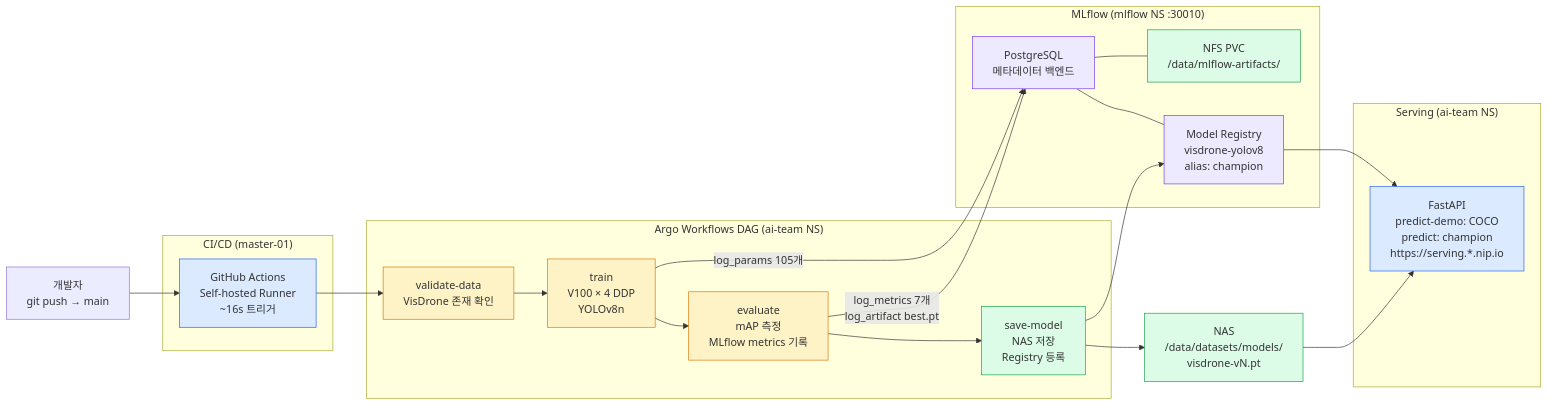
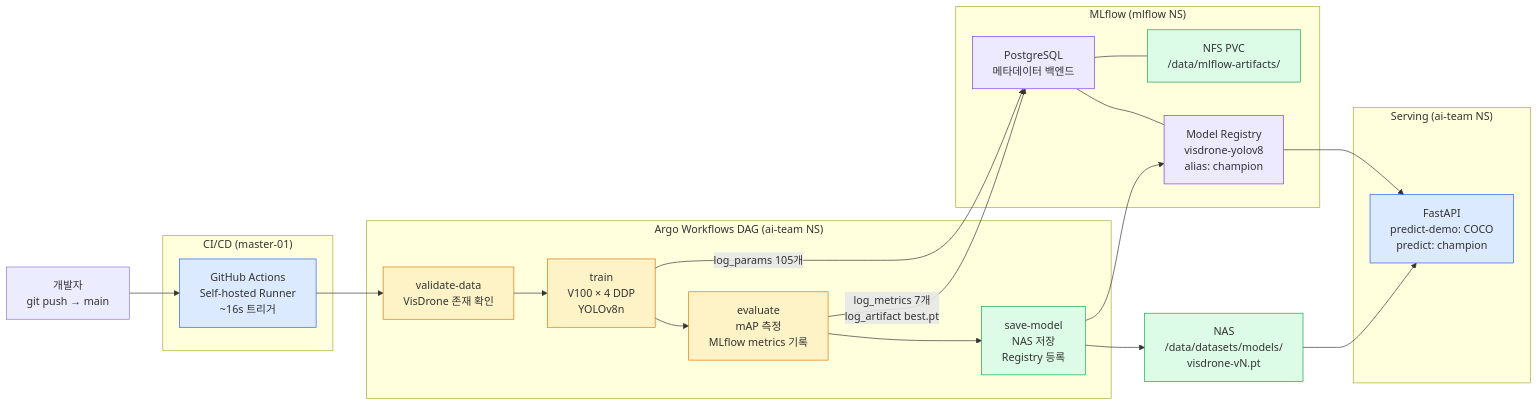
One commit to 52K-0812/28gpu-cluster-rebuild changed the second of 4 diagrams in docs/overview/cluster-diagram.md. Above: the diagram before and after it, drawn with Mermaid. The commit also changed other lines of this file and 6 other files, not shown here.

````diff
--- a/docs/overview/cluster-diagram.md
+++ b/docs/overview/cluster-diagram.md
@@ -119,49 +72,49 @@
 ```mermaid
 graph LR
     DEV["개발자<br/>git push → main"]
 
     subgraph CICD["CI/CD (master-01)"]
         GHA["GitHub Actions<br/>Self-hosted Runner<br/>~16s 트리거"]
     end
 
     subgraph ARGO["Argo Workflows DAG (ai-team NS)"]
         VAL["validate-data<br/>VisDrone 존재 확인"]
         TRAIN["train<br/>V100 × 4 DDP<br/>YOLOv8n"]
         EVAL["evaluate<br/>mAP 측정<br/>MLflow metrics 기록"]
         SAVE["save-model<br/>NAS 저장<br/>Registry 등록"]
         VAL --> TRAIN --> EVAL --> SAVE
     end
 
-    subgraph MLFLOW["MLflow (mlflow NS :30010)"]
+    subgraph MLFLOW["MLflow (mlflow NS)"]
         PG["PostgreSQL<br/>메타데이터 백엔드"]
         ART["NFS PVC<br/>/data/mlflow-artifacts/"]
         REG["Model Registry<br/>visdrone-yolov8<br/>alias: champion"]
         PG --- ART
         PG --- REG
     end
 
     NAS["NAS<br/>/data/datasets/models/<br/>visdrone-vN.pt"]
 
     subgraph SERVE["Serving (ai-team NS)"]
-        API["FastAPI<br/>predict-demo: COCO<br/>predict: champion<br/>https://serving.*.nip.io"]
+        API["FastAPI<br/>predict-demo: COCO<br/>predict: champion"]
     end
 
     DEV --> GHA --> VAL
     TRAIN -->|"log_params 105개"| PG
     EVAL -->|"log_metrics 7개<br/>log_artifact best.pt"| PG
     SAVE --> NAS
     SAVE --> REG
     REG --> API
     NAS --> API
 
     style GHA fill:#dbeafe,stroke:#2563eb
     style VAL fill:#fef3c7,stroke:#d97706
     style TRAIN fill:#fef3c7,stroke:#d97706
     style EVAL fill:#fef3c7,stroke:#d97706
     style SAVE fill:#dcfce7,stroke:#16a34a
     style PG fill:#ede9fe,stroke:#7c3aed
     style ART fill:#dcfce7,stroke:#16a34a
     style REG fill:#ede9fe,stroke:#7c3aed
     style NAS fill:#dcfce7,stroke:#16a34a
     style API fill:#dbeafe,stroke:#2563eb
 ```
````
